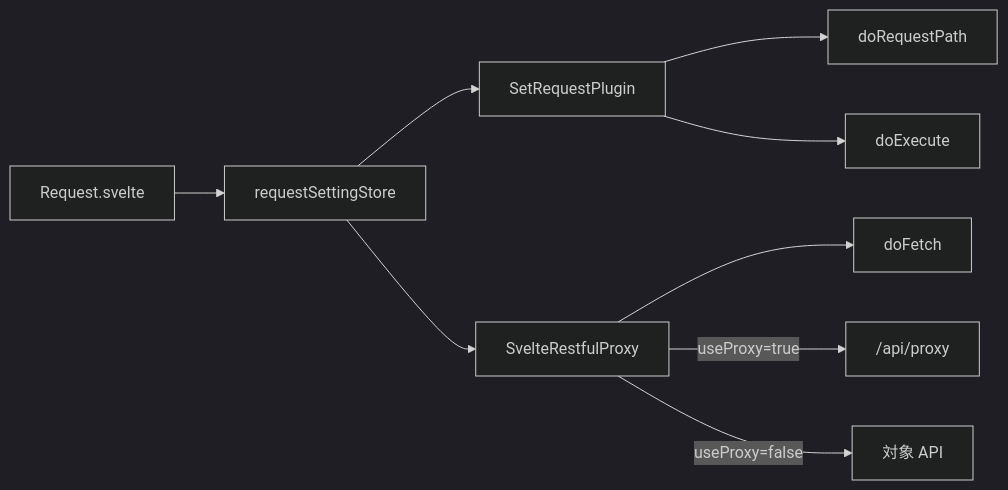
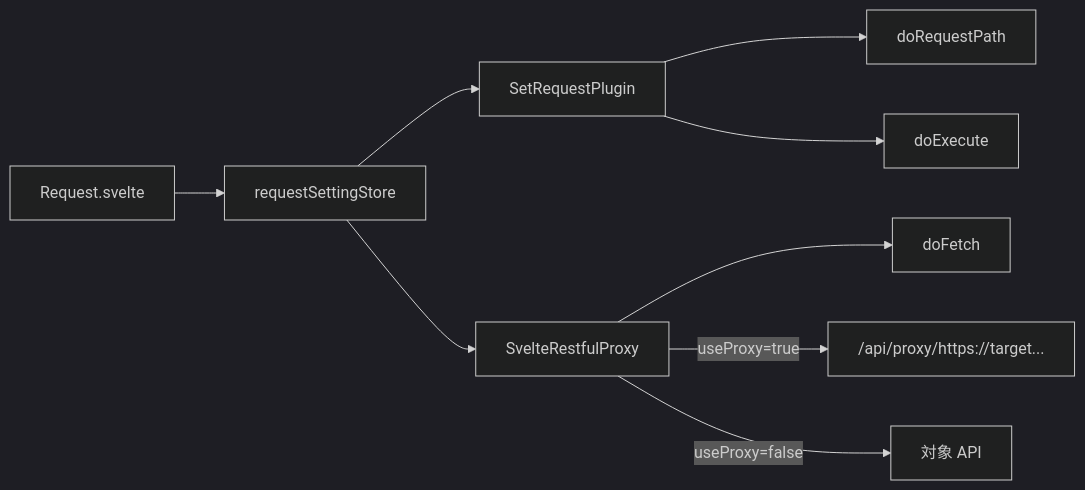
Before and after one commit to funkjk/restful-ui: the second of 2 diagrams in docs/ja/development.md, drawn with Mermaid (dark theme). The commit also changed 11 other files, not shown here.

````diff
--- a/docs/ja/development.md
+++ b/docs/ja/development.md
@@ -136,11 +136,11 @@
 ```mermaid
 flowchart LR
   RequestUI["Request.svelte"] --> requestSettingStore
   requestSettingStore --> SetRequestPlugin
   requestSettingStore --> SvelteRestfulProxy
   SetRequestPlugin --> doRequestPath
   SetRequestPlugin --> doExecute
   SvelteRestfulProxy --> doFetch
-  SvelteRestfulProxy -->|"useProxy=true"| ProxyAPI["/api/proxy"]
+  SvelteRestfulProxy -->|"useProxy=true"| ProxyAPI["/api/proxy/https://target..."]
   SvelteRestfulProxy -->|"useProxy=false"| TargetAPI["対象 API"]
 ```
````
